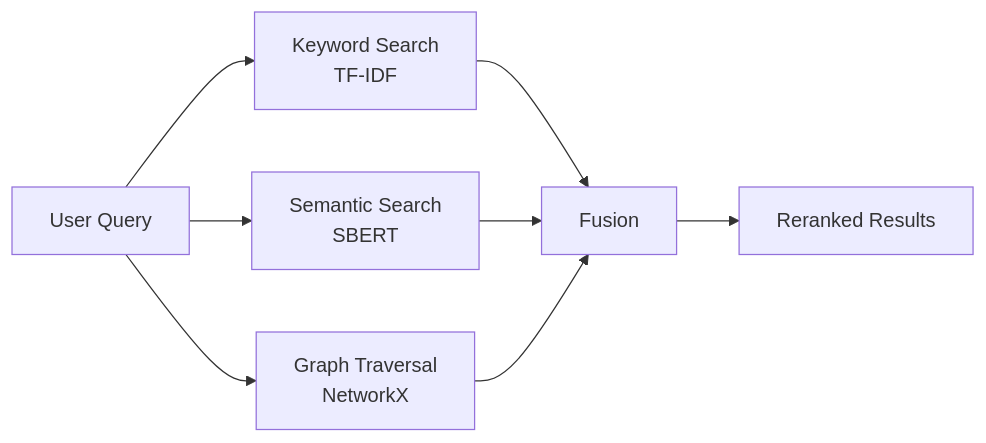
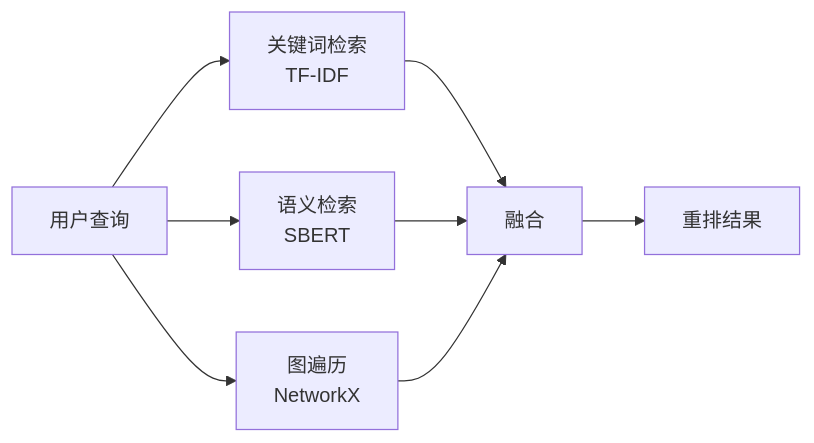
Before and after one commit to tylerelyt/test_bed: the diagram in docs_site/docs/rag/retrieval.md, drawn with Mermaid. The commit also changed other lines of this file and 15 other files, not shown here.

First line of the commit message:
feat(rag): OAG ReAct graph reasoning, streaming steps, retrieval subgraph viz

````diff
--- a/docs_site/docs/rag/retrieval.md
+++ b/docs_site/docs/rag/retrieval.md
@@ -26,12 +26,12 @@
 ```mermaid
 graph LR
-    A[User Query] --> B[Keyword Search<br/>TF-IDF]
-    A --> C[Semantic Search<br/>SBERT]
-    A --> D[Graph Traversal<br/>NetworkX]
+    A[用户查询] --> B[关键词检索<br/>TF-IDF]
+    A --> C[语义检索<br/>SBERT]
+    A --> D[图遍历<br/>NetworkX]
     
-    B --> E[Fusion]
+    B --> E[融合]
     C --> E
     D --> E
     
-    E --> F[Reranked Results]
+    E --> F[重排结果]
 ```
````
